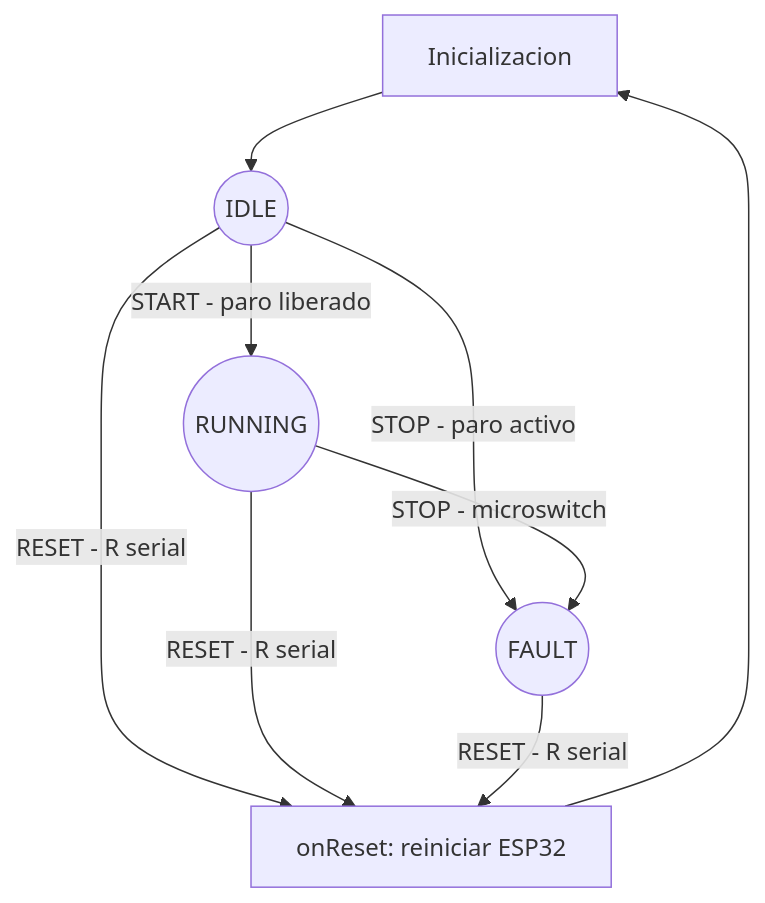
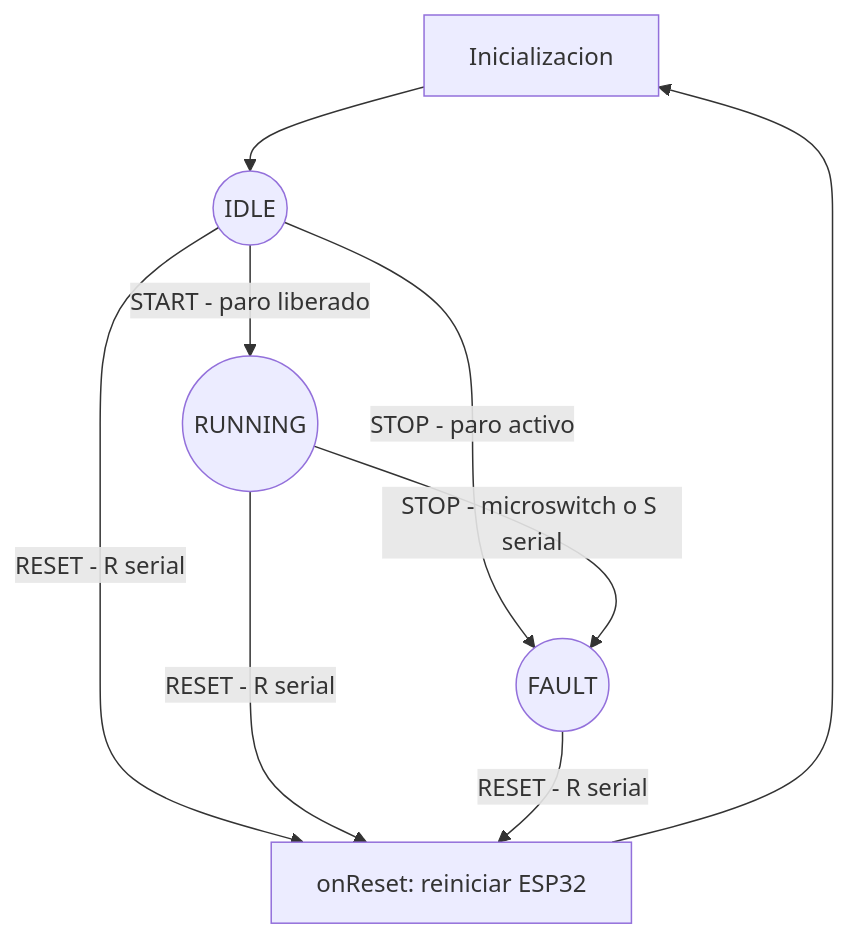
The diagram in documentation/arquitectura.md (josefrv91-maker/banda_transportadora), drawn with Mermaid before and after one commit. The commit also changed other lines of this file and 3 other files, not shown here.

Commit message:
Agregar parada por comando serial S mediante evento STOP

````diff
--- a/documentation/arquitectura.md
+++ b/documentation/arquitectura.md
@@ -13,11 +13,11 @@
 ```mermaid
 graph TD
     BOOT[Inicializacion] --> IDLE((IDLE))
     IDLE -->|START - paro liberado| RUNNING((RUNNING))
     IDLE -->|STOP - paro activo| FAULT((FAULT))
-    RUNNING -->|STOP - microswitch| FAULT
+    RUNNING -->|STOP - microswitch o S serial| FAULT
     IDLE -->|RESET - R serial| REBOOT[onReset: reiniciar ESP32]
     RUNNING -->|RESET - R serial| REBOOT
     FAULT -->|RESET - R serial| REBOOT
     REBOOT --> BOOT
 ```
````
